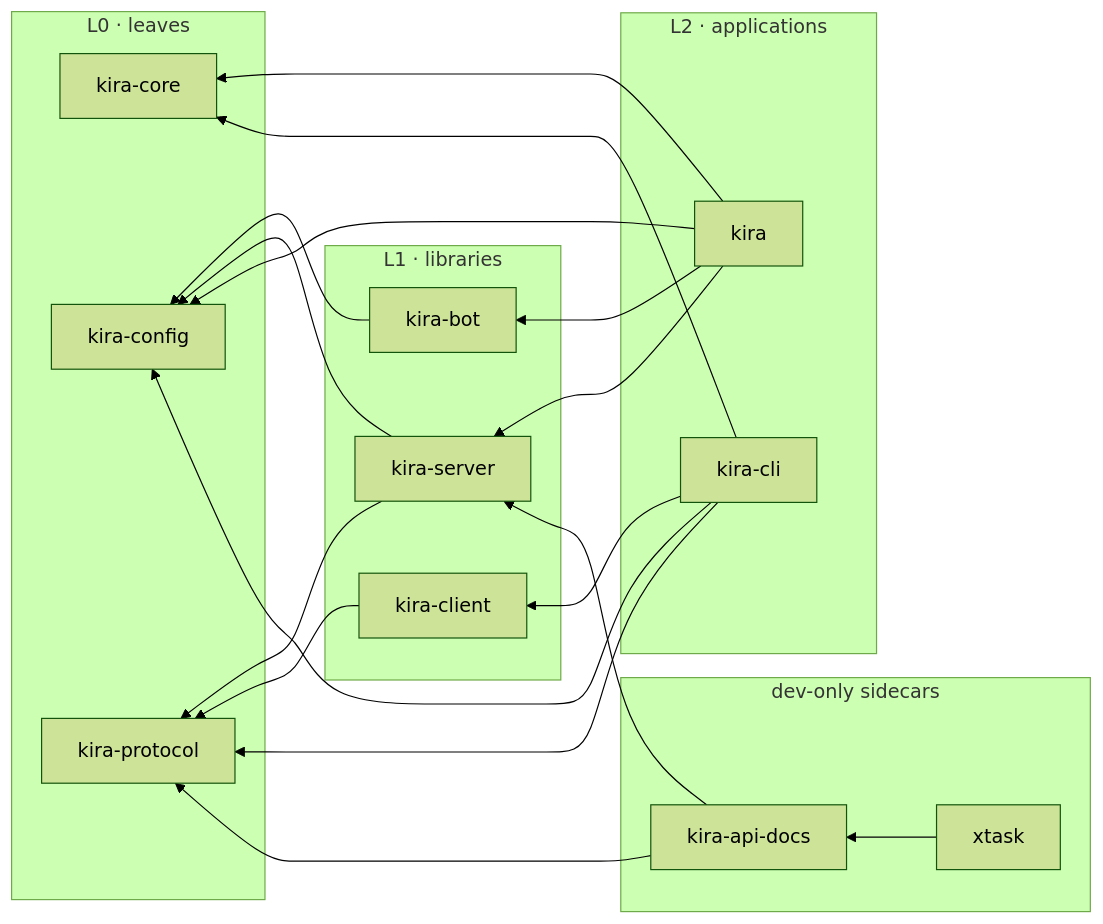
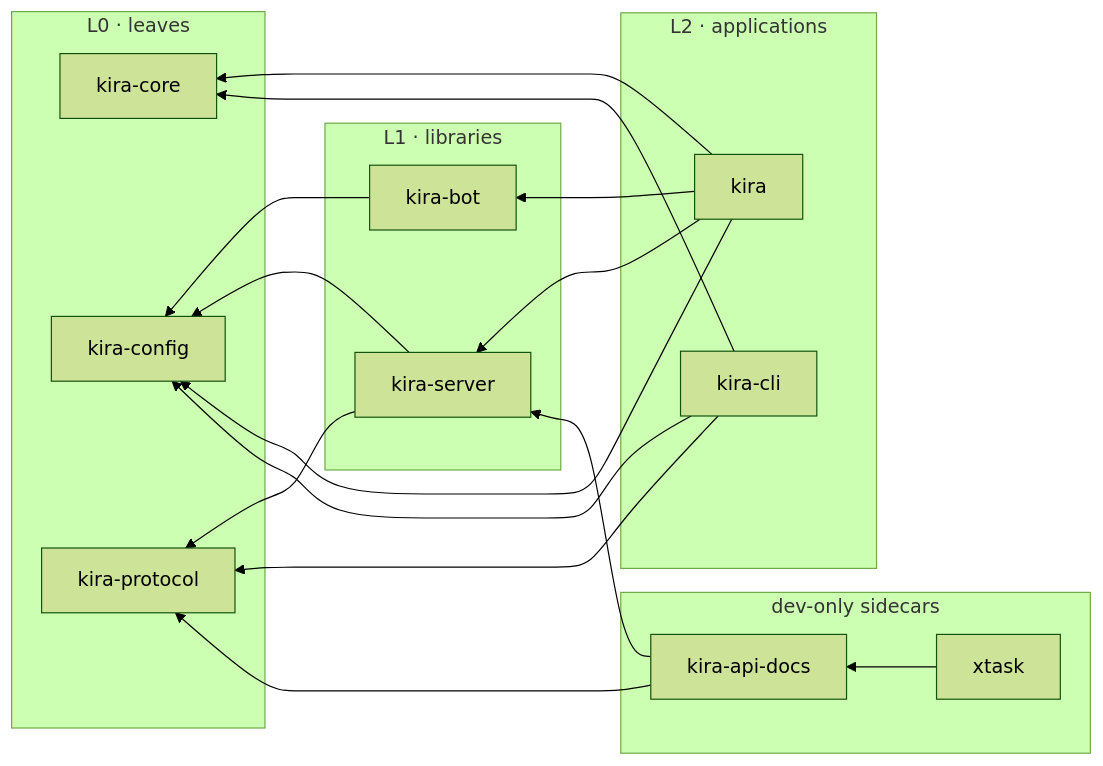
Before and after one commit to merzen-sh/kira: the second of 2 diagrams in docs/ARCHITECTURE.md, drawn with Mermaid (forest theme). The commit also changed other lines of this file and 49 other files, not shown here.

````diff
--- a/docs/ARCHITECTURE.md
+++ b/docs/ARCHITECTURE.md
@@ -83,42 +84,39 @@
 ```mermaid
 flowchart RL
     subgraph L0["L0 · leaves"]
         CORE["kira-core"]
         CONFIG["kira-config"]
         PROTOCOL["kira-protocol"]
     end
 
     subgraph L1["L1 · libraries"]
         BOT["kira-bot"]
         SERVER["kira-server"]
-        CLIENT["kira-client"]
     end
 
     subgraph L2["L2 · applications"]
         KIRA["kira"]
         CLI["kira-cli"]
     end
 
     subgraph DEV["dev-only sidecars"]
         DOCS["kira-api-docs"]
         XTASK["xtask"]
     end
 
     BOT --> CONFIG
     SERVER --> CONFIG
     SERVER --> PROTOCOL
-    CLIENT --> PROTOCOL
 
     KIRA --> BOT
     KIRA --> SERVER
     KIRA --> CONFIG
     KIRA --> CORE
-    CLI --> CLIENT
     CLI --> CONFIG
     CLI --> CORE
     CLI --> PROTOCOL
 
     DOCS --> SERVER
     DOCS --> PROTOCOL
     XTASK --> DOCS
 ```
````
